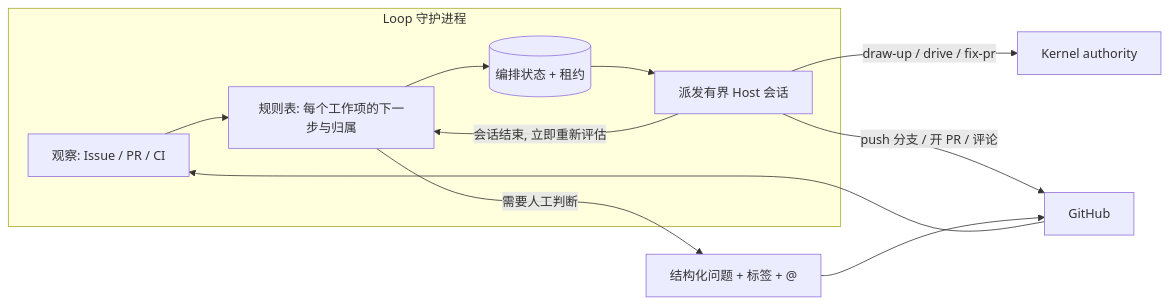
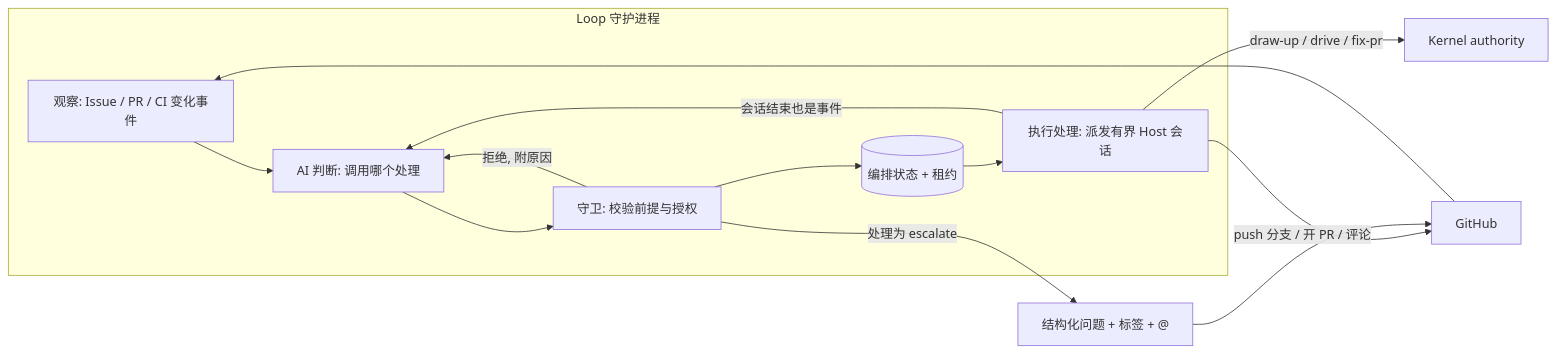
Before and after one commit to dereknex/immune-brain: the diagram in docs/proposals/loop-agent.md, drawn with Mermaid. The commit also changed other lines of this file, not shown here.

````diff
--- a/docs/proposals/loop-agent.md
+++ b/docs/proposals/loop-agent.md
@@ -75,14 +76,16 @@
 ```mermaid
 flowchart LR
     subgraph Daemon[Loop 守护进程]
-      O[观察: Issue / PR / CI] --> T[规则表: 每个工作项的下一步与归属]
-      T --> S[(编排状态 + 租约)]
-      S --> D[派发有界 Host 会话]
-      D -->|会话结束, 立即重新评估| T
+      O[观察: Issue / PR / CI 变化事件] --> T[AI 判断: 调用哪个处理]
+      T --> G[守卫: 校验前提与授权]
+      G --> S[(编排状态 + 租约)]
+      S --> D[执行处理: 派发有界 Host 会话]
+      D -->|会话结束也是事件| T
+      G -->|拒绝, 附原因| T
     end
     GH[GitHub] --> O
     D -->|draw-up / drive / fix-pr| K[Kernel authority]
     D -->|push 分支 / 开 PR / 评论| GH
-    T -->|需要人工判断| H[结构化问题 + 标签 + @]
+    G -->|处理为 escalate| H[结构化问题 + 标签 + @]
     H --> GH
 ```
````
